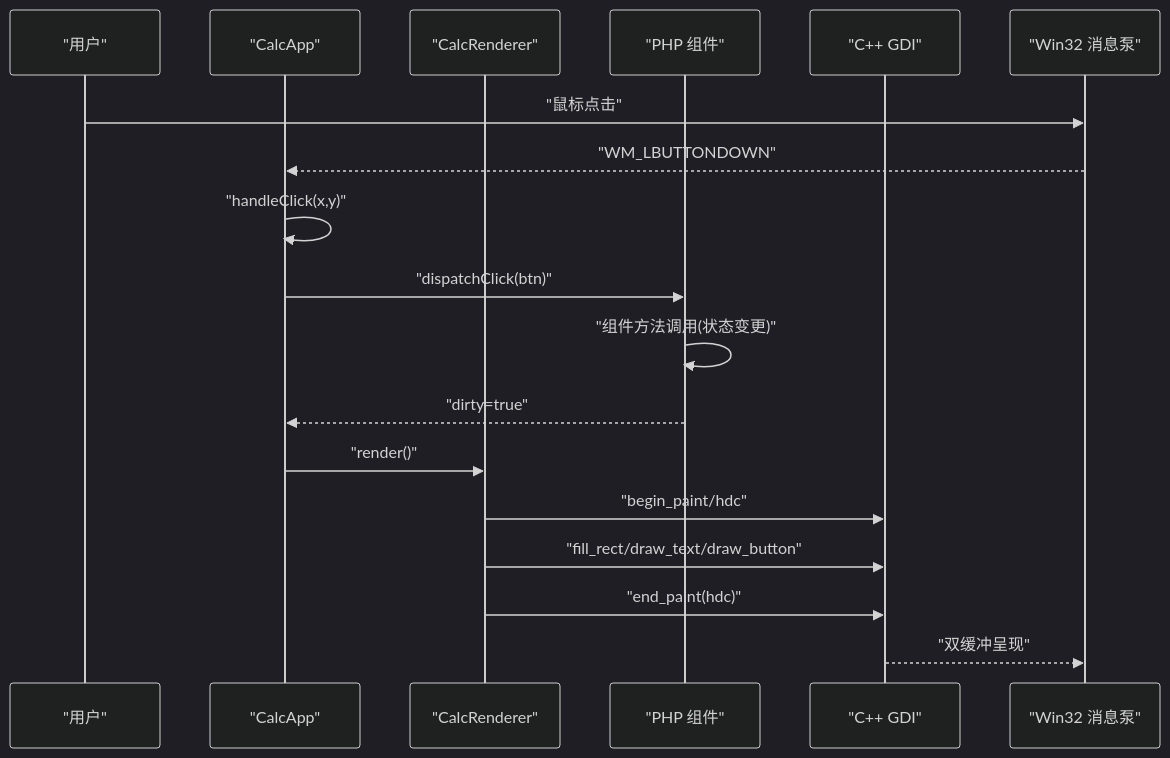
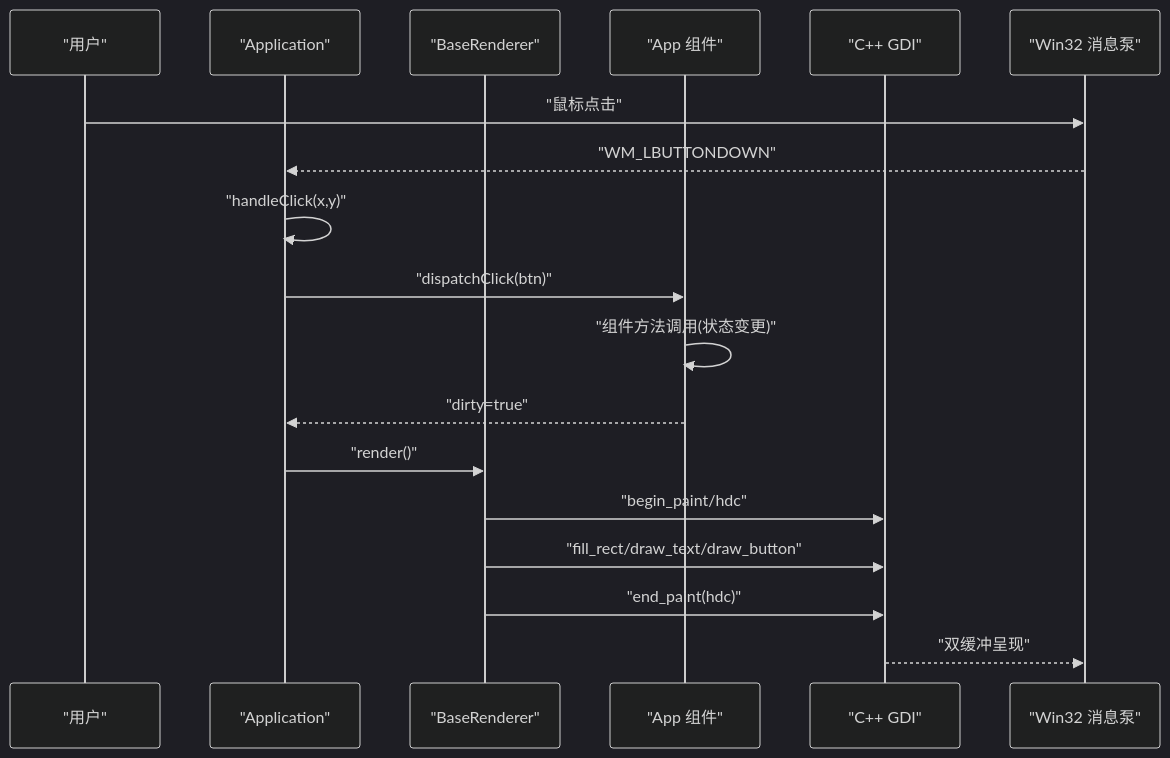
One commit to xingye00186/PHP-Data-UI-Framework-powered-by-swooleAOT changed the second of 7 diagrams in .qoder/repowiki/zh/content/应用程序生命周期/应用程序生命周期.md. Above: the diagram before and after it, drawn with Mermaid (dark theme). The commit also changed other lines of this file and 7 other files, not shown here.

````diff
--- a/.qoder/repowiki/zh/content/应用程序生命周期/应用程序生命周期.md
+++ b/.qoder/repowiki/zh/content/应用程序生命周期/应用程序生命周期.md
@@ -105,20 +104,20 @@
 ```mermaid
 sequenceDiagram
 participant User as "用户"
-participant App as "CalcApp"
-participant Renderer as "CalcRenderer"
-participant PHP as "PHP 组件"
+participant App as "Application"
+participant Renderer as "BaseRenderer"
+participant PHP as "App 组件"
 participant Cpp as "C++ GDI"
 participant OS as "Win32 消息泵"
 User->>OS : "鼠标点击"
 OS-->>App : "WM_LBUTTONDOWN"
 App->>App : "handleClick(x,y)"
 App->>PHP : "dispatchClick(btn)"
 PHP->>PHP : "组件方法调用(状态变更)"
 PHP-->>App : "dirty=true"
 App->>Renderer : "render()"
 Renderer->>Cpp : "begin_paint/hdc"
 Renderer->>Cpp : "fill_rect/draw_text/draw_button"
 Renderer->>Cpp : "end_paint(hdc)"
 Cpp-->>OS : "双缓冲呈现"
 ```
````
